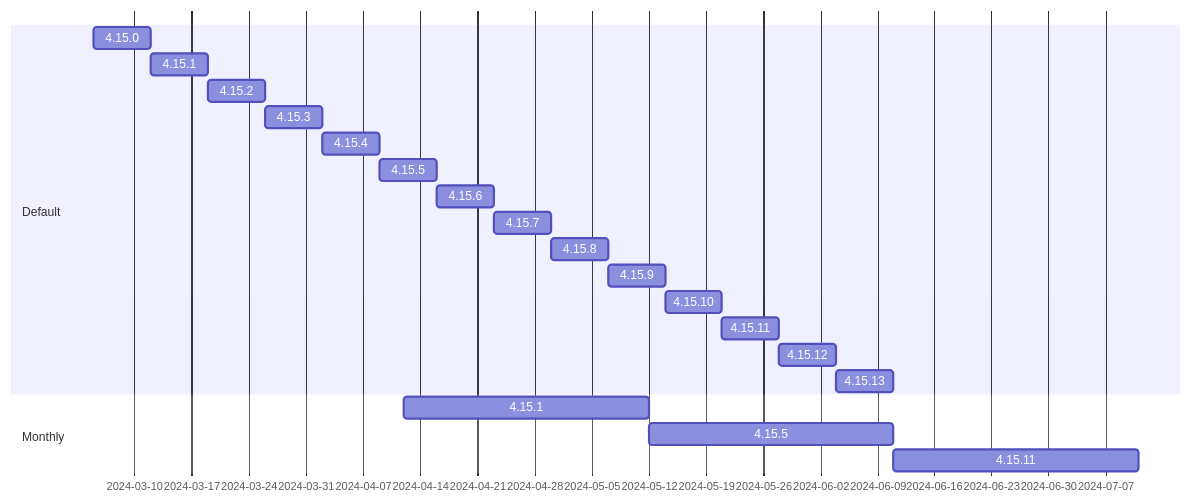
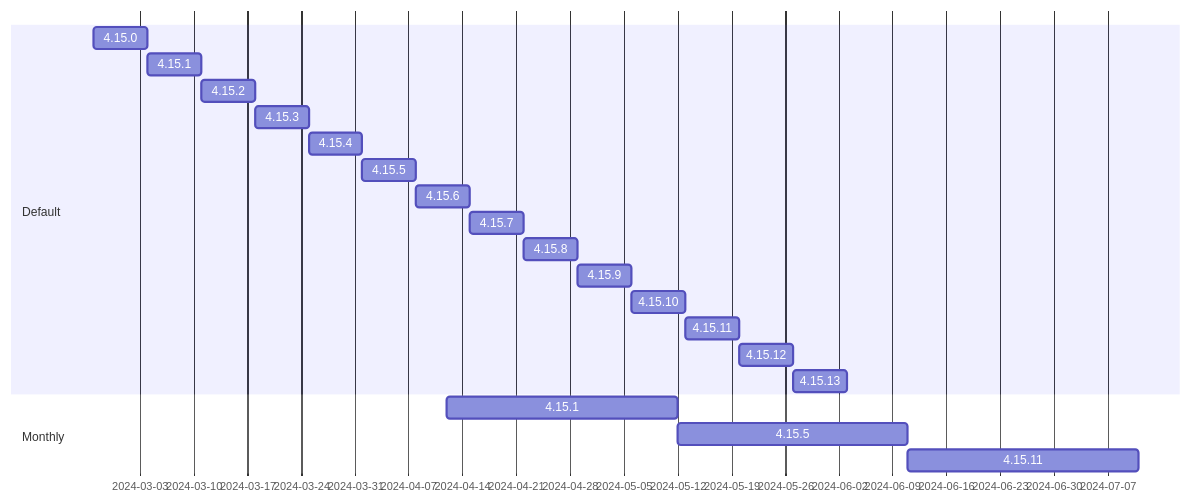
The second of 3 diagrams in policies.md (sdodson/cincinnati-graph-data), drawn with Mermaid before and after one commit. The commit also changed other lines of this file, not shown here.

````diff
--- a/policies.md
+++ b/policies.md
@@ -66,23 +66,23 @@
 ```mermaid
 gantt
     dateFormat  YYYY-MM-DD
     Section Default
-    4.15.0  :d41500, 2024-03-05,7d
+    4.15.0  :d41500, 2024-02-26,7d
     4.15.1  :d41501, after d41500, 7d
     4.15.2  :d41502, after d41501, 7d
     4.15.3  :d41503, after d41502, 7d
     4.15.4  :d41504, after d41503, 7d
     4.15.5  :d41505, after d41504, 7d
     4.15.6  :d41506, after d41505, 7d
     4.15.7  :d41507, after d41506, 7d
     4.15.8  :d41508, after d41507, 7d
     4.15.9  :d41509, after d41508, 7d
     4.15.10 :d41510, after d41509, 7d
     4.15.11 :d41511, after d41510, 7d
     4.15.12 :d41512, after d41511, 7d
     4.15.13 :d41513, after d41512, 7d
     Section Monthly
     4.15.1 :m41501, 2024-04-12, 30d
     4.15.5 :m41505, after m41501, 30d
     4.15.11 :m41511, after m41505, 30d
 ```
````
